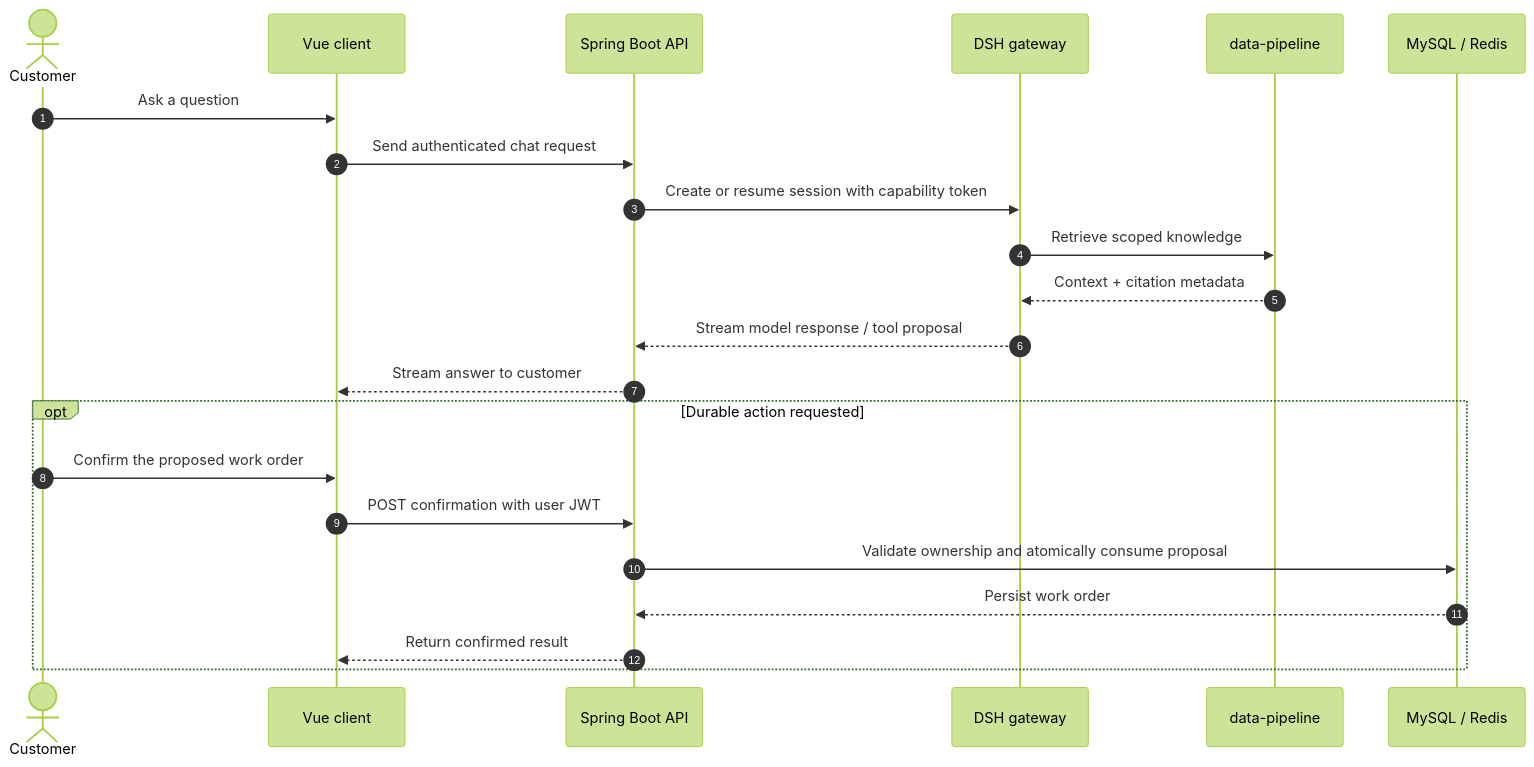
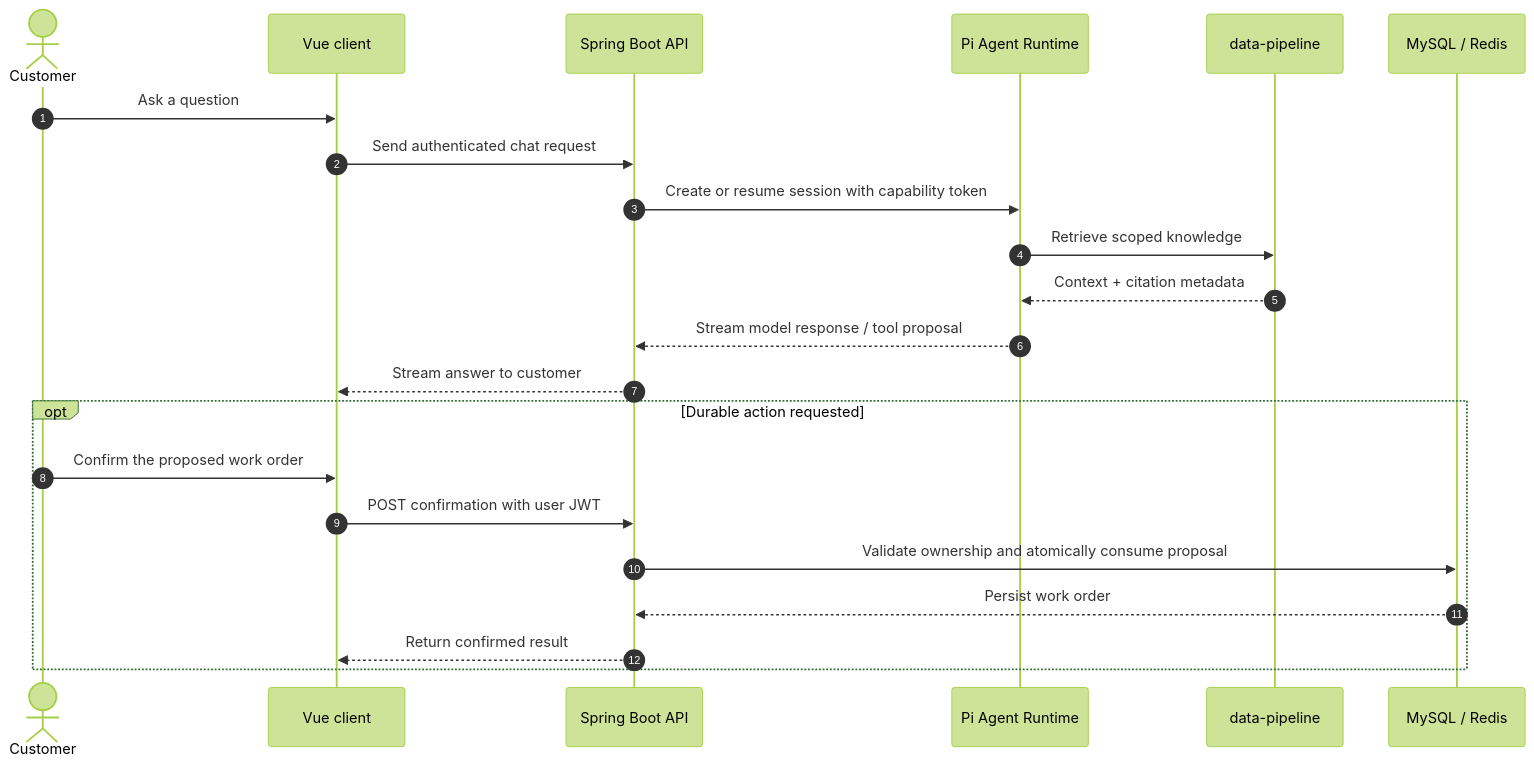
One commit to Me10dy66666666/ai_customer_service changed the second of 2 diagrams in README.md. Above: the diagram before and after it, drawn with Mermaid (forest theme). The commit also changed other lines of this file and 7968 other files, not shown here.

Commit message:
chore: standardize agent runtime on Pi

````diff
--- a/README.md
+++ b/README.md
@@ -92,26 +92,26 @@
 ```mermaid
 sequenceDiagram
   autonumber
   actor Customer
   participant Web as Vue client
   participant API as Spring Boot API
-  participant DSH as DSH gateway
+  participant PI as Pi Agent Runtime
   participant RAG as data-pipeline
   participant DB as MySQL / Redis
 
   Customer->>Web: Ask a question
   Web->>API: Send authenticated chat request
-  API->>DSH: Create or resume session with capability token
-  DSH->>RAG: Retrieve scoped knowledge
-  RAG-->>DSH: Context + citation metadata
-  DSH-->>API: Stream model response / tool proposal
+  API->>PI: Create or resume session with capability token
+  PI->>RAG: Retrieve scoped knowledge
+  RAG-->>PI: Context + citation metadata
+  PI-->>API: Stream model response / tool proposal
   API-->>Web: Stream answer to customer
 
   opt Durable action requested
     Customer->>Web: Confirm the proposed work order
     Web->>API: POST confirmation with user JWT
     API->>DB: Validate ownership and atomically consume proposal
     DB-->>API: Persist work order
     API-->>Web: Return confirmed result
   end
 ```
````
